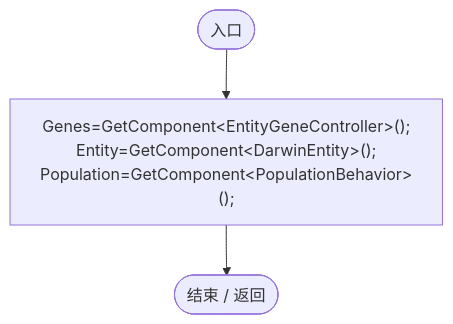
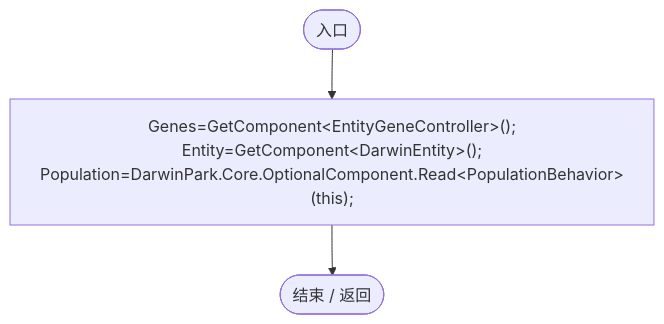
Diagram 27 of 53 in Docs/运行流程图/脚本/baebd85c05598377.md (xhs6666/Darwin_paradise), drawn with Mermaid before and after one commit. The commit also changed other lines of this file and 297 other files, not shown here.

````diff
--- a/Docs/运行流程图/脚本/baebd85c05598377.md
+++ b/Docs/运行流程图/脚本/baebd85c05598377.md
@@ -647,9 +651,9 @@
 ```mermaid
 flowchart TD
   b0(["入口"])
-  b1["Genes=GetComponent&lt;EntityGeneController&gt;();<br/>Entity=GetComponent&lt;DarwinEntity&gt;();<br/>Population=GetComponent&lt;PopulationBehavior&gt;();"]
+  b1["Genes=GetComponent&lt;EntityGeneController&gt;();<br/>Entity=GetComponent&lt;DarwinEntity&gt;();<br/>Population=DarwinPark.Core.OptionalComponent.Read&lt;PopulationBehavior&gt;(this);"]
   b2(["结束 / 返回"])
   b0 --> b1
   b1 --> b2
 
 ```
````
